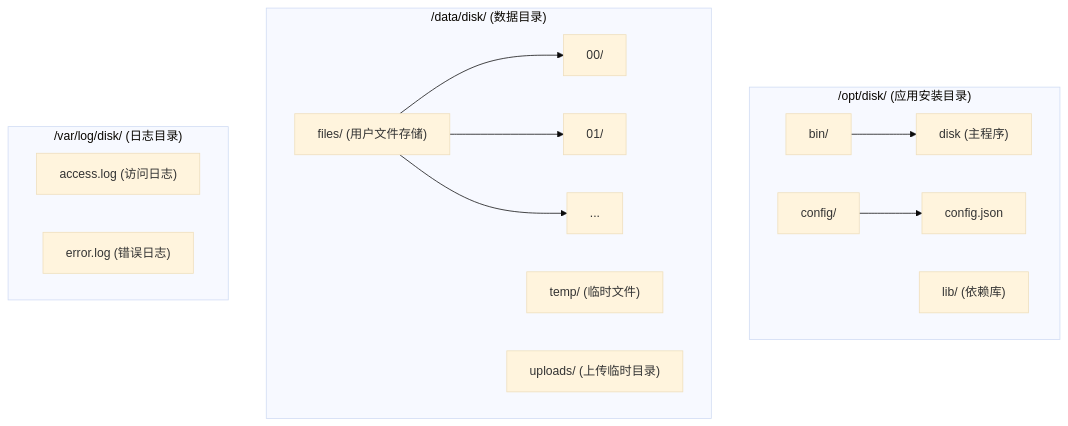
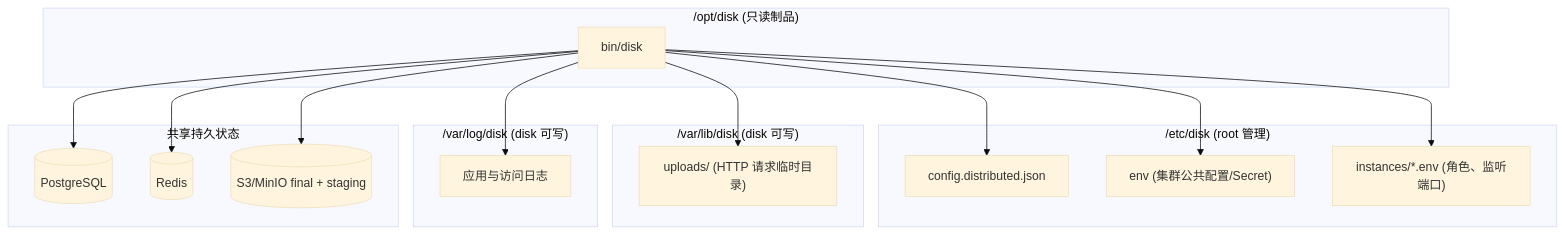
The second of 2 diagrams in docs/design/05-部署运维指南.md (yizhinailong/disk), drawn with Mermaid (base theme) before and after one commit. The commit also changed other lines of this file and 3 other files, not shown here.

````diff
--- a/docs/design/05-部署运维指南.md
+++ b/docs/design/05-部署运维指南.md
@@ -1430,29 +1440,35 @@
 ```mermaid
 flowchart TD
-    subgraph opt["/opt/disk/ (应用安装目录)"]
-        bin["bin/"]
-        disk_exe["disk (主程序)"]
-        config_dir["config/"]
-        config_json["config.json"]
-        lib["lib/ (依赖库)"]
-        bin --> disk_exe
-        config_dir --> config_json
+    subgraph opt["/opt/disk (只读制品)"]
+        exe["bin/disk"]
     end
 
-    subgraph data["/data/disk/ (数据目录)"]
-        files["files/ (用户文件存储)"]
-        files_00["00/"]
-        files_01["01/"]
-        files_ellipsis["..."]
-        temp["temp/ (临时文件)"]
-        uploads["uploads/ (上传临时目录)"]
-        files --> files_00
-        files --> files_01
-        files --> files_ellipsis
+    subgraph etc["/etc/disk (root 管理)"]
+        cfg["config.distributed.json"]
+        common["env (集群公共配置/Secret)"]
+        instances["instances/*.env (角色、监听端口)"]
     end
 
-    subgraph logs["/var/log/disk/ (日志目录)"]
-        access_log["access.log (访问日志)"]
-        error_log["error.log (错误日志)"]
+    subgraph state["/var/lib/disk (disk 可写)"]
+        request_spool["uploads/ (HTTP 请求临时目录)"]
     end
+
+    subgraph logs["/var/log/disk (disk 可写)"]
+        app_logs["应用与访问日志"]
+    end
+
+    subgraph shared["共享持久状态"]
+        postgres[("PostgreSQL")]
+        redis[("Redis")]
+        s3[("S3/MinIO final + staging")]
+    end
+
+    exe --> cfg
+    exe --> common
+    exe --> instances
+    exe --> request_spool
+    exe --> app_logs
+    exe --> postgres
+    exe --> redis
+    exe --> s3
 ```
````
